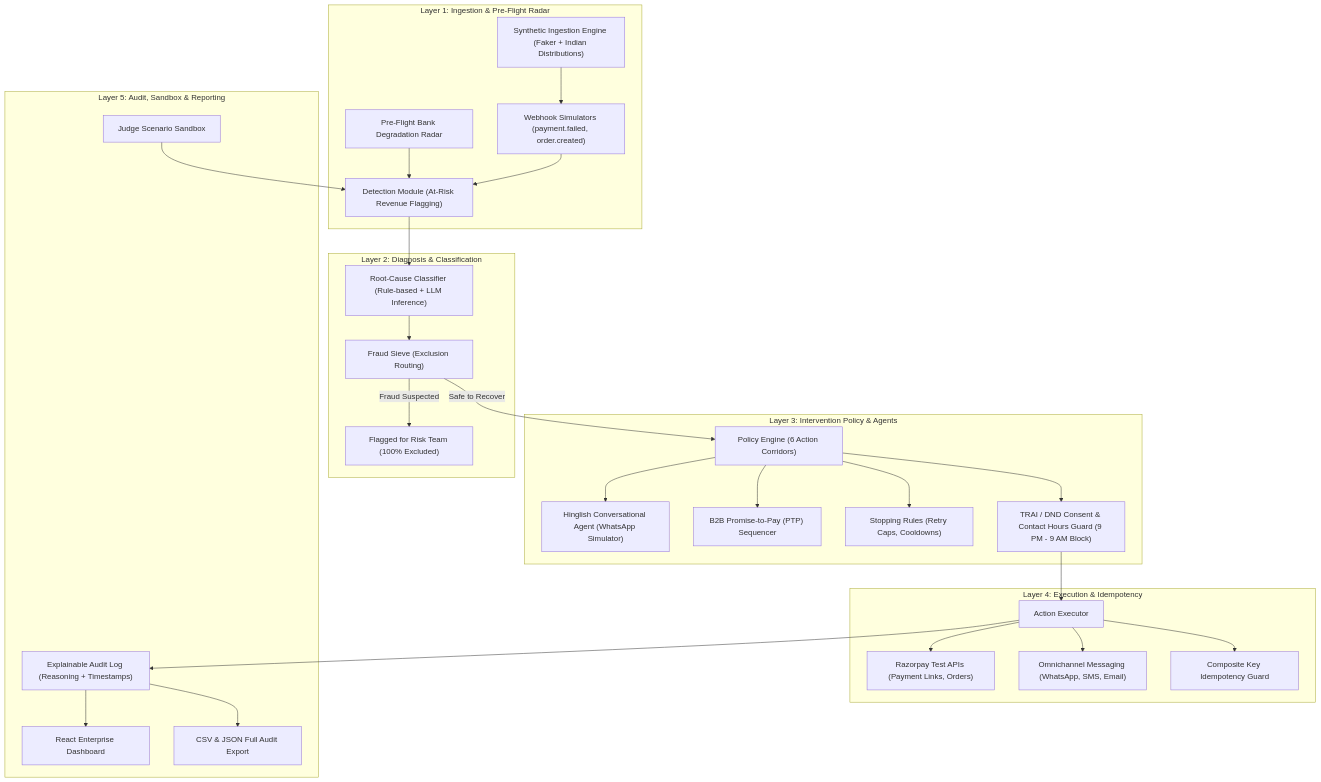
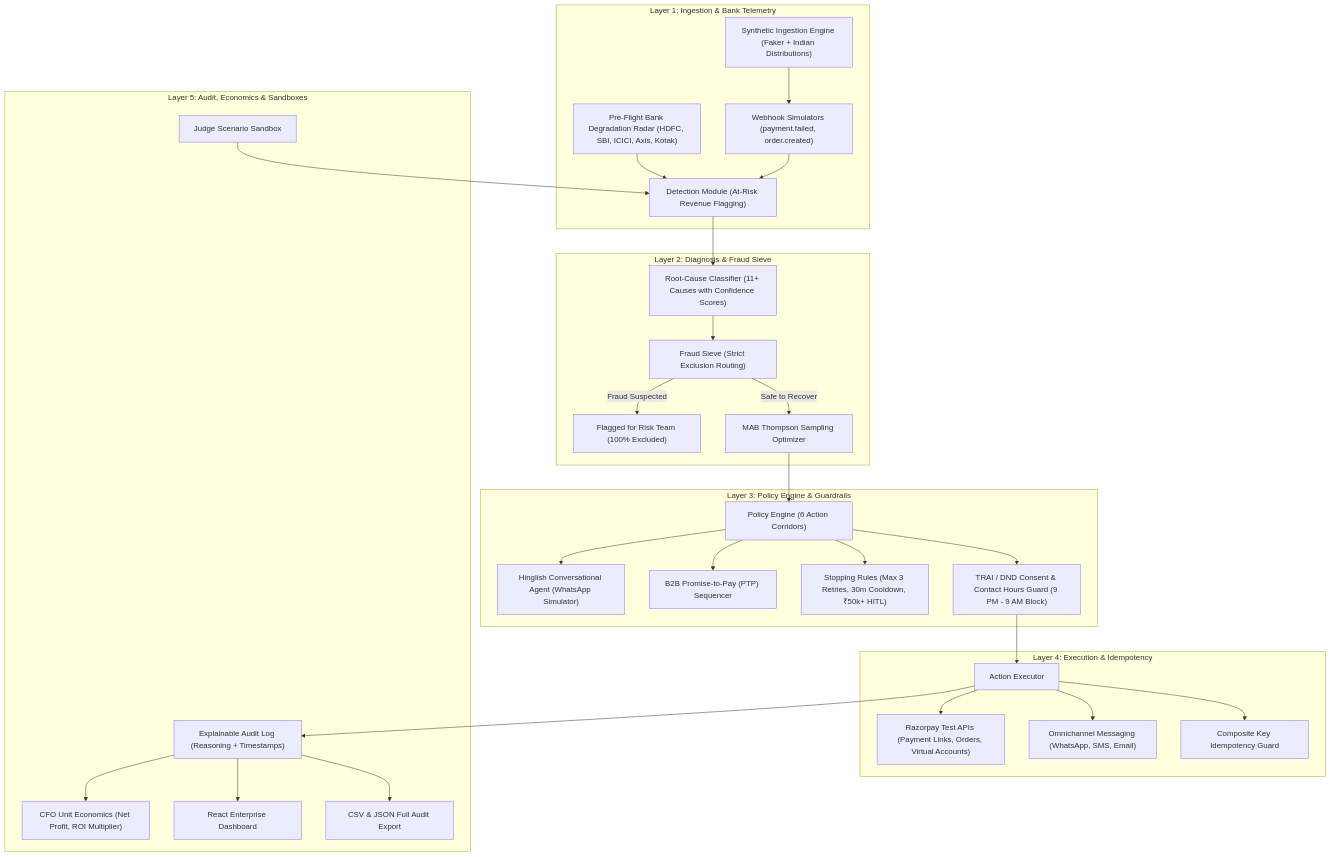
The diagram in README.md (Sriilekhaa/AI_Revenue_Recovery), drawn with Mermaid before and after one commit. The commit also changed other lines of this file and 6 other files, not shown here.

````diff
--- a/README.md
+++ b/README.md
@@ -41,40 +53,42 @@
 ```mermaid
 graph TB
-    subgraph "Layer 1: Ingestion & Pre-Flight Radar"
-        BR["Pre-Flight Bank Degradation Radar"]
+    subgraph "Layer 1: Ingestion & Bank Telemetry"
+        BR["Pre-Flight Bank Degradation Radar (HDFC, SBI, ICICI, Axis, Kotak)"]
         SG["Synthetic Ingestion Engine (Faker + Indian Distributions)"]
         WH["Webhook Simulators (payment.failed, order.created)"]
         DM["Detection Module (At-Risk Revenue Flagging)"]
         BR --> DM
         SG --> WH
         WH --> DM
     end
 
-    subgraph "Layer 2: Diagnosis & Classification"
-        DM --> RC["Root-Cause Classifier (Rule-based + LLM Inference)"]
-        RC --> FS["Fraud Sieve (Exclusion Routing)"]
+    subgraph "Layer 2: Diagnosis & Fraud Sieve"
+        DM --> RC["Root-Cause Classifier (11+ Causes with Confidence Scores)"]
+        RC --> FS["Fraud Sieve (Strict Exclusion Routing)"]
         FS -->|Fraud Suspected| FR["Flagged for Risk Team (100% Excluded)"]
+        FS -->|Safe to Recover| MAB["MAB Thompson Sampling Optimizer"]
     end
 
-    subgraph "Layer 3: Intervention Policy & Agents"
-        FS -->|Safe to Recover| PE["Policy Engine (6 Action Corridors)"]
+    subgraph "Layer 3: Policy Engine & Guardrails"
+        MAB --> PE["Policy Engine (6 Action Corridors)"]
         PE --> HA["Hinglish Conversational Agent (WhatsApp Simulator)"]
         PE --> B2B["B2B Promise-to-Pay (PTP) Sequencer"]
-        PE --> SR["Stopping Rules (Retry Caps, Cooldowns)"]
+        PE --> SR["Stopping Rules (Max 3 Retries, 30m Cooldown, ₹50k+ HITL)"]
         PE --> CC["TRAI / DND Consent & Contact Hours Guard (9 PM - 9 AM Block)"]
     end
 
     subgraph "Layer 4: Execution & Idempotency"
         CC --> EX["Action Executor"]
-        EX --> RZ["Razorpay Test APIs (Payment Links, Orders)"]
+        EX --> RZ["Razorpay Test APIs (Payment Links, Orders, Virtual Accounts)"]
         EX --> MSG["Omnichannel Messaging (WhatsApp, SMS, Email)"]
         EX --> ID["Composite Key Idempotency Guard"]
     end
 
-    subgraph "Layer 5: Audit, Sandbox & Reporting"
+    subgraph "Layer 5: Audit, Economics & Sandboxes"
         EX --> AL["Explainable Audit Log (Reasoning + Timestamps)"]
+        AL --> UE["CFO Unit Economics (Net Profit, ROI Multiplier)"]
         AL --> UI["React Enterprise Dashboard"]
         AL --> EXP["CSV & JSON Full Audit Export"]
         SB["Judge Scenario Sandbox"] --> DM
     end
 ```
````
